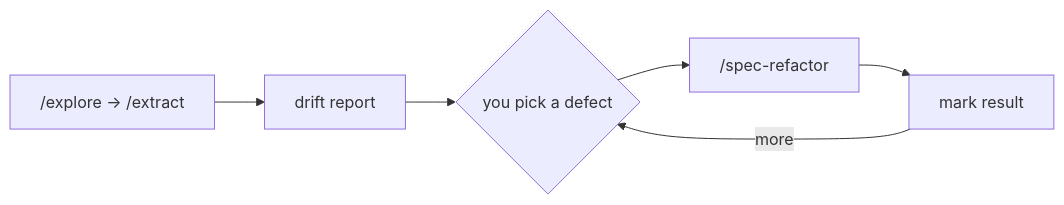
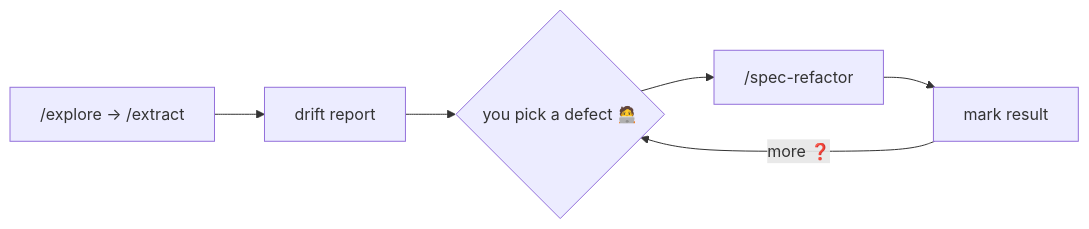
The fourth of 4 diagrams in src/content/docs/workflow.md (AlbertoBasalo/aiddbot-com), drawn with Mermaid before and after one commit. The commit also changed other lines of this file and 120 other files, not shown here.

````diff
--- a/src/content/docs/workflow.md
+++ b/src/content/docs/workflow.md
@@ -92,8 +91,8 @@
 ```mermaid
 flowchart LR
   EXP["/explore → /extract"] --> RPT[drift report]
-  RPT --> PICK{you pick a defect}
+  RPT --> PICK{you pick a defect 🧑‍💻}
   PICK --> REF["/spec-refactor"]
   REF --> MARK[mark result]
-  MARK -->|more| PICK
+  MARK -->|more ❓| PICK
 ```
````
